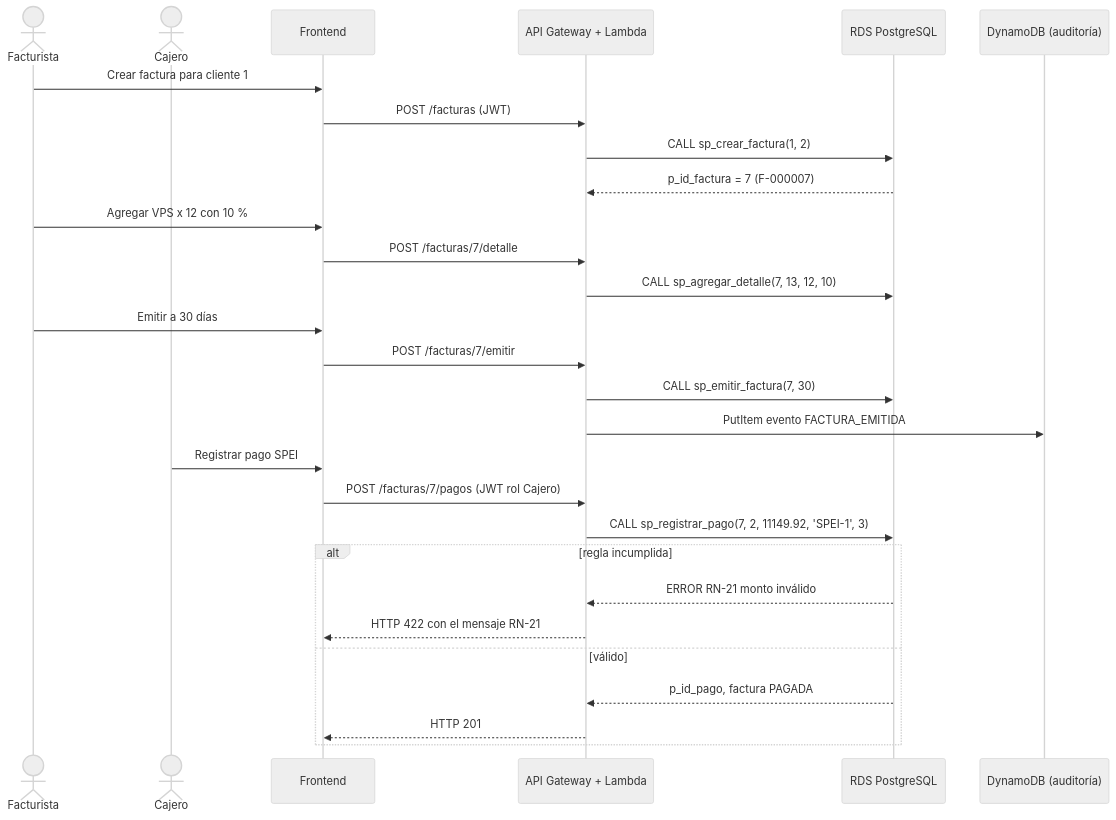
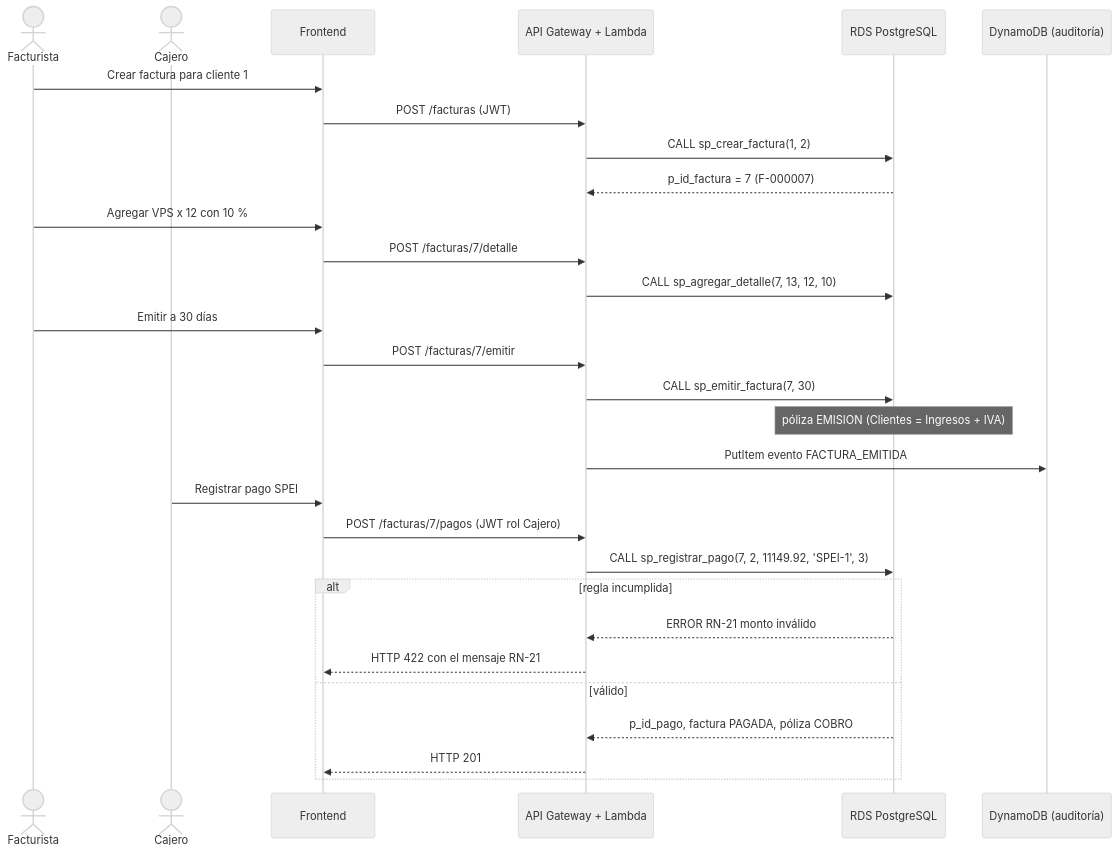
Before and after one commit to DanielRosalesAlanis/SistemaDeFacturacion: the sixth of 7 diagrams in docs/REPORTE_AVANCE.md, drawn with Mermaid (neutral theme). The commit also changed other lines of this file, not shown here.

````diff
--- a/docs/REPORTE_AVANCE.md
+++ b/docs/REPORTE_AVANCE.md
@@ -324,30 +440,31 @@
 ```mermaid
 sequenceDiagram
     actor F as Facturista
     actor C as Cajero
     participant UI as Frontend
     participant API as API Gateway + Lambda
     participant DB as RDS PostgreSQL
     participant DDB as DynamoDB (auditoría)
     F->>UI: Crear factura para cliente 1
     UI->>API: POST /facturas (JWT)
     API->>DB: CALL sp_crear_factura(1, 2)
     DB-->>API: p_id_factura = 7 (F-000007)
     F->>UI: Agregar VPS x 12 con 10 %
     UI->>API: POST /facturas/7/detalle
     API->>DB: CALL sp_agregar_detalle(7, 13, 12, 10)
     F->>UI: Emitir a 30 días
     UI->>API: POST /facturas/7/emitir
     API->>DB: CALL sp_emitir_factura(7, 30)
+    Note over DB: póliza EMISION (Clientes = Ingresos + IVA)
     API->>DDB: PutItem evento FACTURA_EMITIDA
     C->>UI: Registrar pago SPEI
     UI->>API: POST /facturas/7/pagos (JWT rol Cajero)
     API->>DB: CALL sp_registrar_pago(7, 2, 11149.92, 'SPEI-1', 3)
     alt regla incumplida
         DB-->>API: ERROR RN-21 monto inválido
         API-->>UI: HTTP 422 con el mensaje RN-21
     else válido
-        DB-->>API: p_id_pago, factura PAGADA
+        DB-->>API: p_id_pago, factura PAGADA, póliza COBRO
         API-->>UI: HTTP 201
     end
 ```
````
